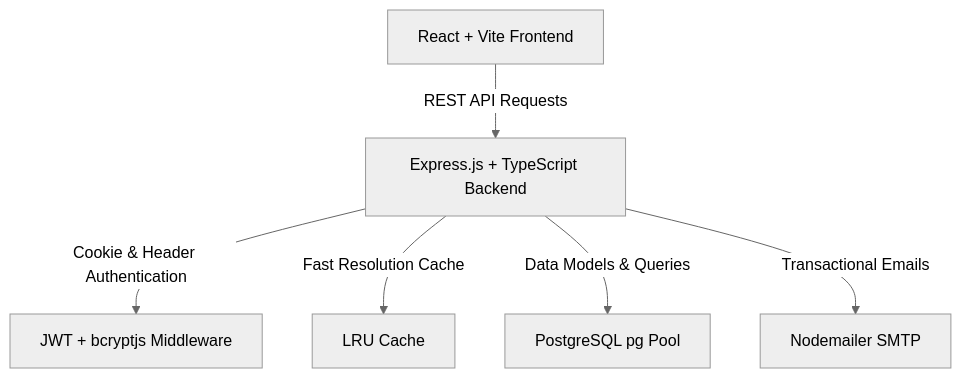
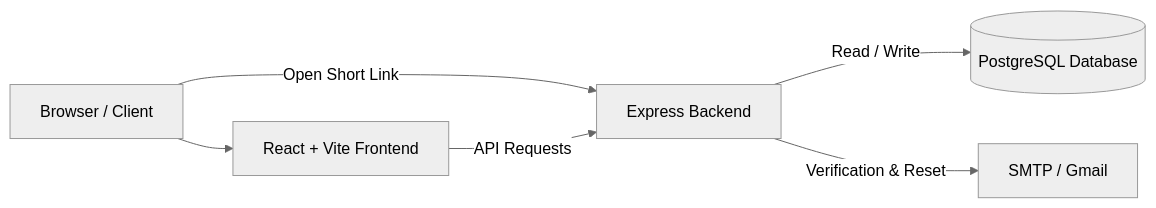
The diagram in README.md (0x0906/url-shortner), drawn with Mermaid (neutral theme) before and after one commit. The commit also changed other lines of this file and 1 other file, not shown here.

````diff
--- a/README.md
+++ b/README.md
@@ -25,8 +9,8 @@
 ```mermaid
-graph TD
-    A[React + Vite Frontend] -->|REST API Requests| B[Express.js + TypeScript Backend]
-    B -->|Cookie & Header Authentication| C[JWT + bcryptjs Middleware]
-    B -->|Fast Resolution Cache| D[LRU Cache]
-    B -->|Data Models & Queries| E[PostgreSQL pg Pool]
-    B -->|Transactional Emails| F[Nodemailer SMTP]
+graph LR
+    User[Browser / Client] --> Frontend[React + Vite Frontend]
+    User -->|Open Short Link| Backend[Express Backend]
+    Frontend -->|API Requests| Backend
+    Backend -->|Read / Write| DB[(PostgreSQL Database)]
+    Backend -->|Verification & Reset| SMTP[SMTP / Gmail]
 ```
````
